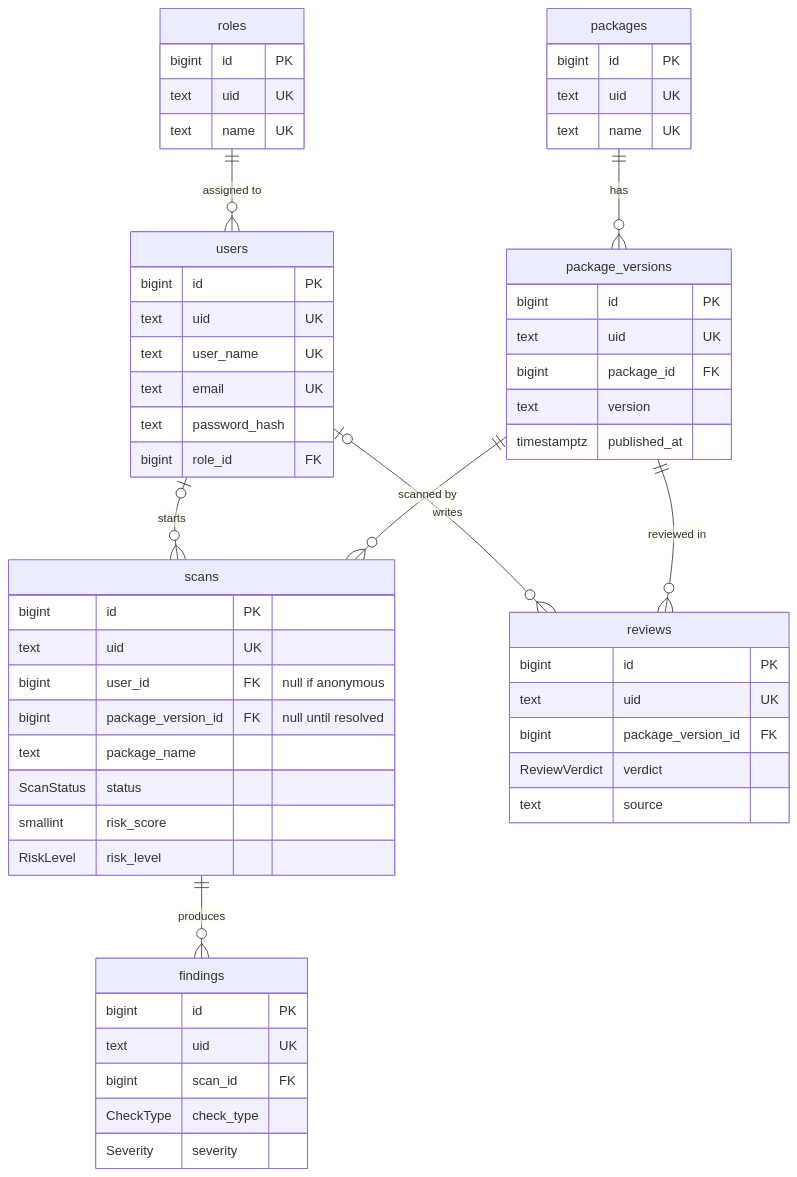
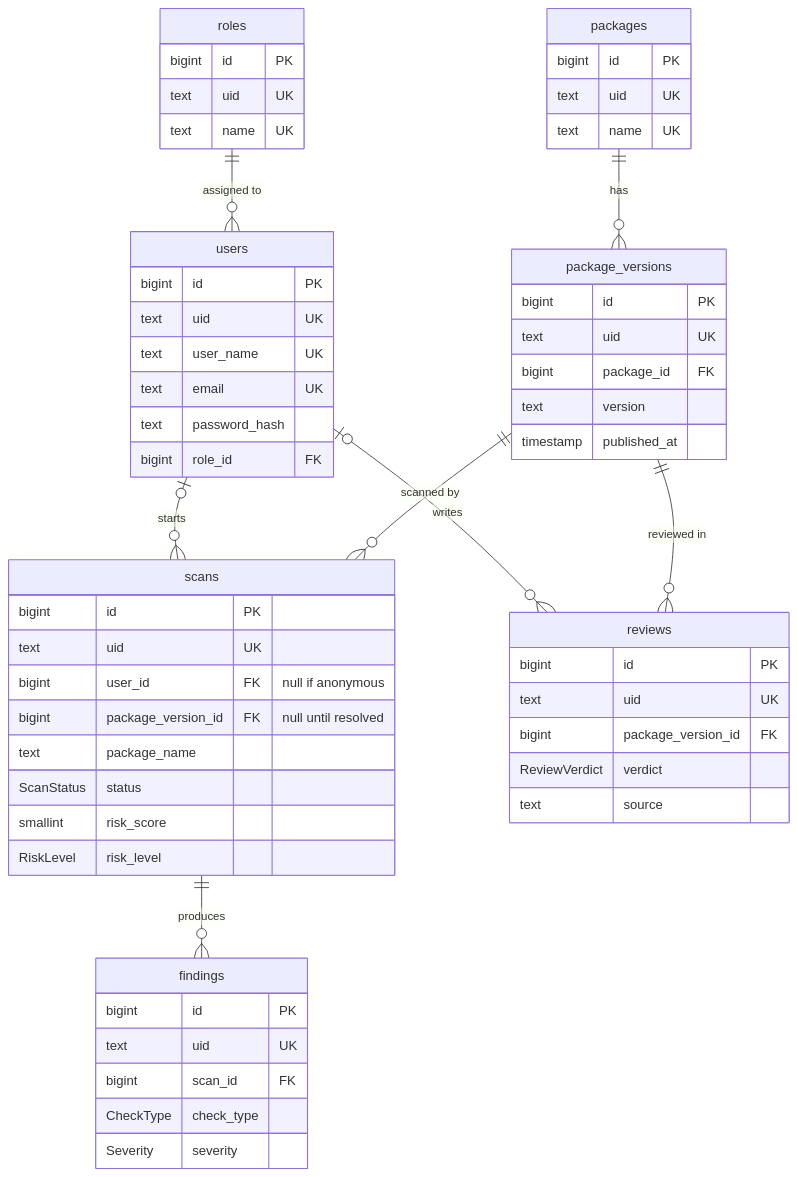
Before and after one commit to Apu-Emdad/npm-sentinel-api: the diagram in docs/schema.md, drawn with Mermaid. The commit also changed other lines of this file and 40 other files, not shown here.

````diff
--- a/docs/schema.md
+++ b/docs/schema.md
@@ -15,60 +15,60 @@
 ```mermaid
 erDiagram
     roles ||--o{ users : "assigned to"
     users |o--o{ scans : "starts"
     users |o--o{ reviews : "writes"
     packages ||--o{ package_versions : "has"
     package_versions ||--o{ scans : "scanned by"
     package_versions ||--o{ reviews : "reviewed in"
     scans ||--o{ findings : "produces"
 
     roles {
         bigint id PK
         text uid UK
         text name UK
     }
     users {
         bigint id PK
         text uid UK
         text user_name UK
         text email UK
         text password_hash
         bigint role_id FK
     }
     packages {
         bigint id PK
         text uid UK
         text name UK
     }
     package_versions {
         bigint id PK
         text uid UK
         bigint package_id FK
         text version
-        timestamptz published_at
+        timestamp published_at
     }
     scans {
         bigint id PK
         text uid UK
         bigint user_id FK "null if anonymous"
         bigint package_version_id FK "null until resolved"
         text package_name
         ScanStatus status
         smallint risk_score
         RiskLevel risk_level
     }
     findings {
         bigint id PK
         text uid UK
         bigint scan_id FK
         CheckType check_type
         Severity severity
     }
     reviews {
         bigint id PK
         text uid UK
         bigint package_version_id FK
         ReviewVerdict verdict
         text source
     }
 ```
````
